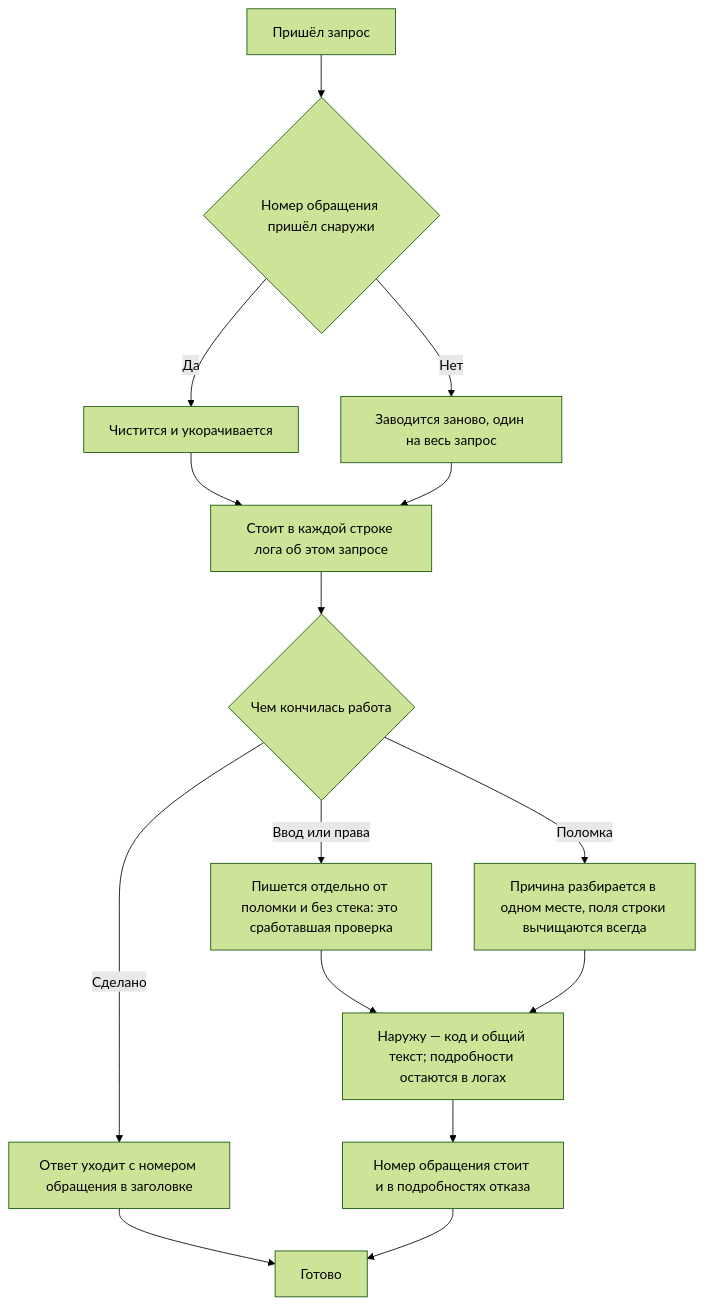
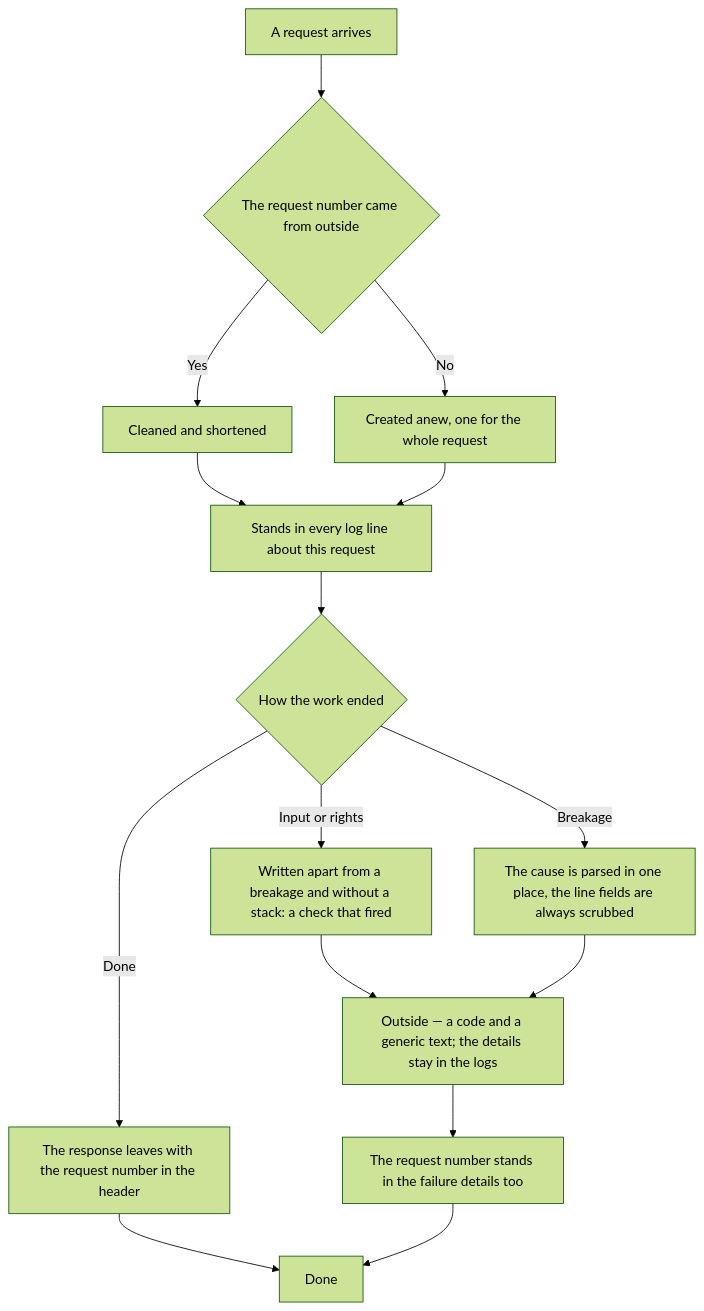
Before and after one commit to Eyhenij/rt-tools: the diagram in .claude/skills/observability/SKILL.md, drawn with Mermaid (forest theme). The commit also changed other lines of this file and 33 other files, not shown here.

````diff
--- a/.claude/skills/observability/SKILL.md
+++ b/.claude/skills/observability/SKILL.md
@@ -39,17 +40,17 @@
 ```mermaid
 flowchart TD
-    A[Пришёл запрос] --> B{Номер обращения пришёл снаружи}
-    B -->|Да| C[Чистится и укорачивается]
-    B -->|Нет| D[Заводится заново, один на весь запрос]
-    C --> E[Стоит в каждой строке лога об этом запросе]
+    A[A request arrives] --> B{The request number came from outside}
+    B -->|Yes| C[Cleaned and shortened]
+    B -->|No| D[Created anew, one for the whole request]
+    C --> E[Stands in every log line about this request]
     D --> E
-    E --> F{Чем кончилась работа}
-    F -->|Сделано| G[Ответ уходит с номером обращения в заголовке]
-    F -->|Ввод или права| H[Пишется отдельно от поломки и без стека: это сработавшая проверка]
-    F -->|Поломка| I[Причина разбирается в одном месте, поля строки вычищаются всегда]
-    H --> J[Наружу — код и общий текст; подробности остаются в логах]
+    E --> F{How the work ended}
+    F -->|Done| G[The response leaves with the request number in the header]
+    F -->|Input or rights| H[Written apart from a breakage and without a stack: a check that fired]
+    F -->|Breakage| I[The cause is parsed in one place, the line fields are always scrubbed]
+    H --> J[Outside — a code and a generic text; the details stay in the logs]
     I --> J
-    J --> K[Номер обращения стоит и в подробностях отказа]
-    G --> L[Готово]
+    J --> K[The request number stands in the failure details too]
+    G --> L[Done]
     K --> L
 ```
````
